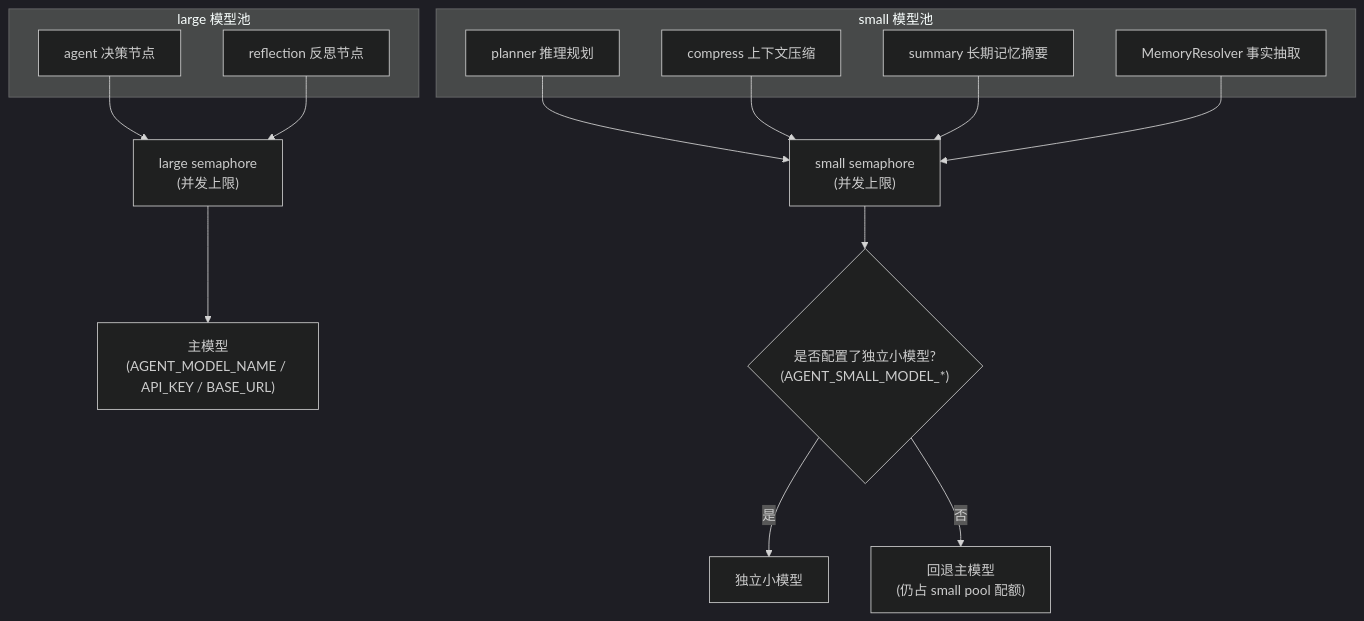
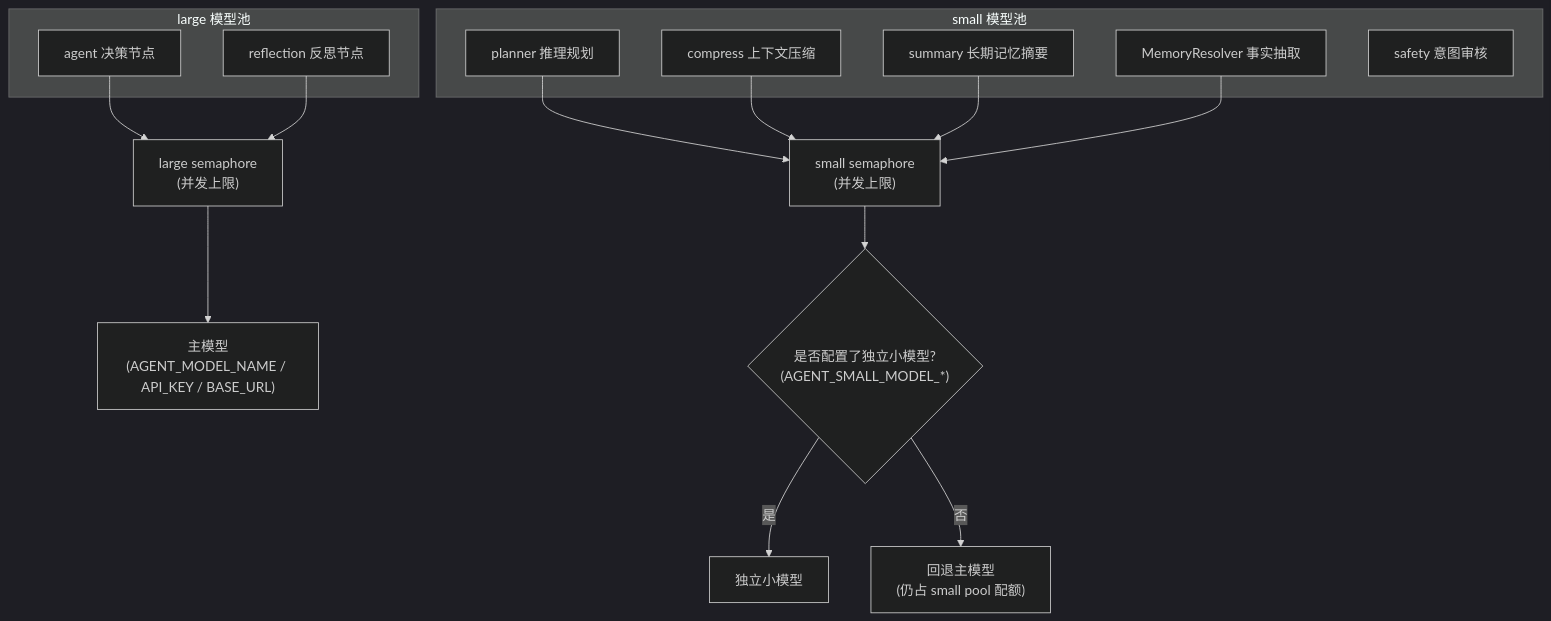
One commit to xiao-Huahuo/Agent-Core-Service changed the sixth of 8 diagrams in README.md. Above: the diagram before and after it, drawn with Mermaid (dark theme). The commit also changed other lines of this file and 26 other files, not shown here.

````diff
--- a/README.md
+++ b/README.md
@@ -150,27 +165,28 @@
 ```mermaid
 flowchart TD
     subgraph large_pool["large 模型池"]
         L1["agent 决策节点"]
         L2["reflection 反思节点"]
     end
 
     subgraph small_pool["small 模型池"]
         S1["planner 推理规划"]
         S2["compress 上下文压缩"]
         S3["summary 长期记忆摘要"]
         S4["MemoryResolver 事实抽取"]
+        S5["safety 意图审核"]
     end
 
     L1 --> LA["large semaphore\n(并发上限)"]
     L2 --> LA
     S1 --> SA["small semaphore\n(并发上限)"]
     S2 --> SA
     S3 --> SA
     S4 --> SA
 
     LA --> ML["主模型\n(AGENT_MODEL_NAME / API_KEY / BASE_URL)"]
     SA --> M2{"是否配置了独立小模型?\n(AGENT_SMALL_MODEL_*)"}
 
     M2 -->|"是"| ML2["独立小模型"]
     M2 -->|"否"| MF2["回退主模型\n(仍占 small pool 配额)"]
 ```
````
